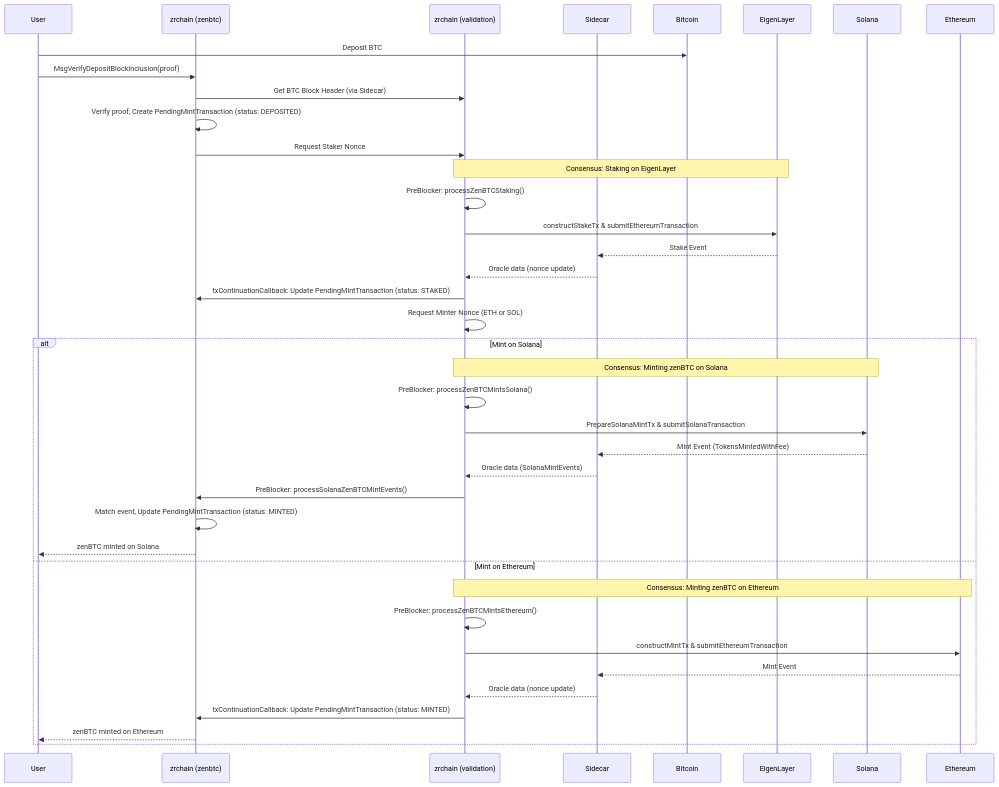
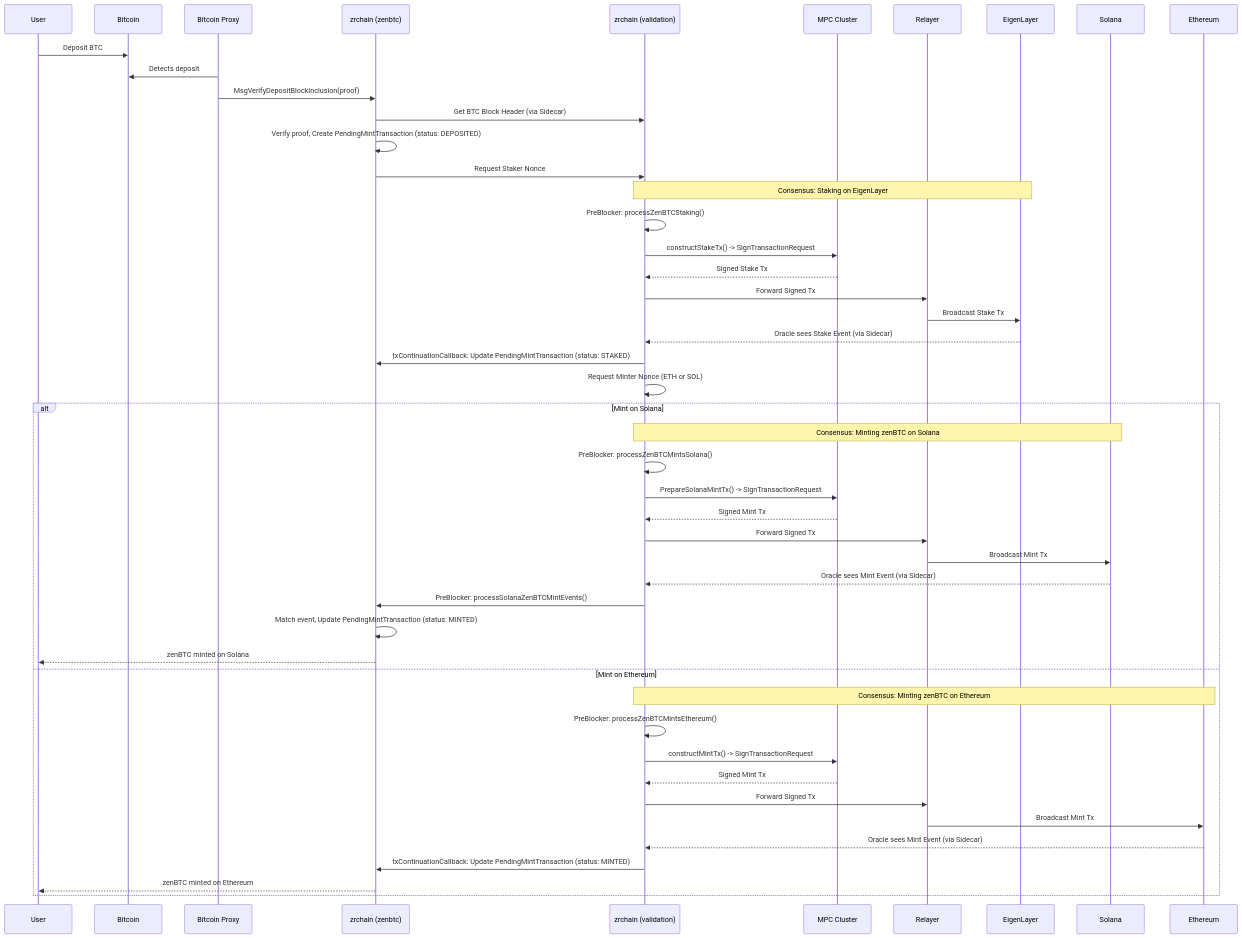
The first of 4 diagrams in docs/README.md (zenrocklabs/zrchain), drawn with Mermaid before and after one commit. The commit also changed other lines of this file, not shown here.

````diff
--- a/docs/README.md
+++ b/docs/README.md
@@ -13,46 +13,55 @@
 ```mermaid
 sequenceDiagram
     participant User
+    participant Bitcoin
+    participant Bitcoin Proxy
     participant zrchain as zrchain (zenbtc)
     participant zrchain_val as zrchain (validation)
-    participant Sidecar
-    participant Bitcoin
+    participant MPC Cluster
+    participant Relayer
     participant EigenLayer
     participant Solana
     participant Ethereum
 
     User->>Bitcoin: Deposit BTC
-    User->>zrchain: MsgVerifyDepositBlockInclusion(proof)
+    Bitcoin Proxy->>Bitcoin: Detects deposit
+    Bitcoin Proxy->>zrchain: MsgVerifyDepositBlockInclusion(proof)
 
     zrchain->>zrchain_val: Get BTC Block Header (via Sidecar)
     zrchain->>zrchain: Verify proof, Create PendingMintTransaction (status: DEPOSITED)
     zrchain->>zrchain_val: Request Staker Nonce
 
     Note over zrchain_val,EigenLayer: Consensus: Staking on EigenLayer
     zrchain_val->>zrchain_val: PreBlocker: processZenBTCStaking()
-    zrchain_val->>EigenLayer: constructStakeTx & submitEthereumTransaction
-    EigenLayer-->>Sidecar: Stake Event
-    Sidecar-->>zrchain_val: Oracle data (nonce update)
+    zrchain_val->>MPC Cluster: constructStakeTx() -> SignTransactionRequest
+    MPC Cluster-->>zrchain_val: Signed Stake Tx
+    zrchain_val->>Relayer: Forward Signed Tx
+    Relayer->>EigenLayer: Broadcast Stake Tx
 
+    EigenLayer-->>zrchain_val: Oracle sees Stake Event (via Sidecar)
     zrchain_val->>zrchain: txContinuationCallback: Update PendingMintTransaction (status: STAKED)
     zrchain_val->>zrchain_val: Request Minter Nonce (ETH or SOL)
 
     alt Mint on Solana
         Note over zrchain_val,Solana: Consensus: Minting zenBTC on Solana
         zrchain_val->>zrchain_val: PreBlocker: processZenBTCMintsSolana()
-        zrchain_val->>Solana: PrepareSolanaMintTx & submitSolanaTransaction
-        Solana-->>Sidecar: Mint Event (TokensMintedWithFee)
-        Sidecar-->>zrchain_val: Oracle data (SolanaMintEvents)
+        zrchain_val->>MPC Cluster: PrepareSolanaMintTx() -> SignTransactionRequest
+        MPC Cluster-->>zrchain_val: Signed Mint Tx
+        zrchain_val->>Relayer: Forward Signed Tx
+        Relayer->>Solana: Broadcast Mint Tx
+        Solana-->>zrchain_val: Oracle sees Mint Event (via Sidecar)
         zrchain_val->>zrchain: PreBlocker: processSolanaZenBTCMintEvents()
         zrchain->>zrchain: Match event, Update PendingMintTransaction (status: MINTED)
         zrchain-->>User: zenBTC minted on Solana
     else Mint on Ethereum
         Note over zrchain_val,Ethereum: Consensus: Minting zenBTC on Ethereum
         zrchain_val->>zrchain_val: PreBlocker: processZenBTCMintsEthereum()
-        zrchain_val->>Ethereum: constructMintTx & submitEthereumTransaction
-        Ethereum-->>Sidecar: Mint Event
-        Sidecar-->>zrchain_val: Oracle data (nonce update)
+        zrchain_val->>MPC Cluster: constructMintTx() -> SignTransactionRequest
+        MPC Cluster-->>zrchain_val: Signed Mint Tx
+        zrchain_val->>Relayer: Forward Signed Tx
+        Relayer->>Ethereum: Broadcast Mint Tx
+        Ethereum-->>zrchain_val: Oracle sees Mint Event (via Sidecar)
         zrchain_val->>zrchain: txContinuationCallback: Update PendingMintTransaction (status: MINTED)
         zrchain-->>User: zenBTC minted on Ethereum
     end
 ```
````
